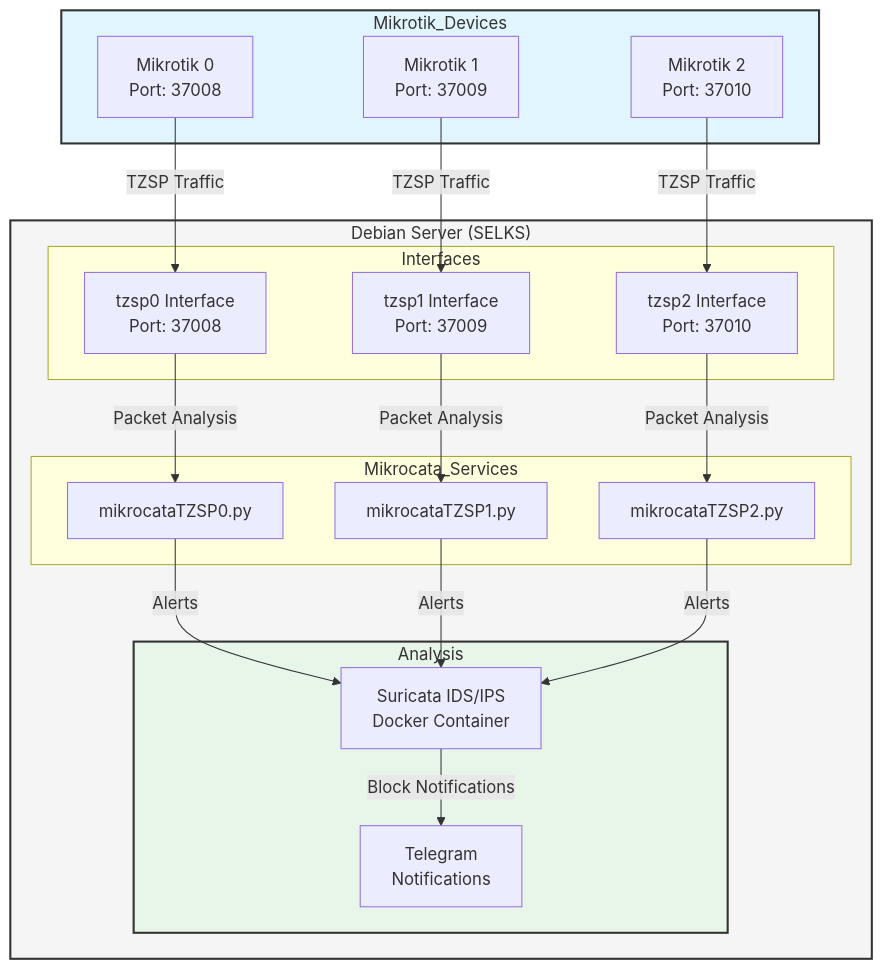
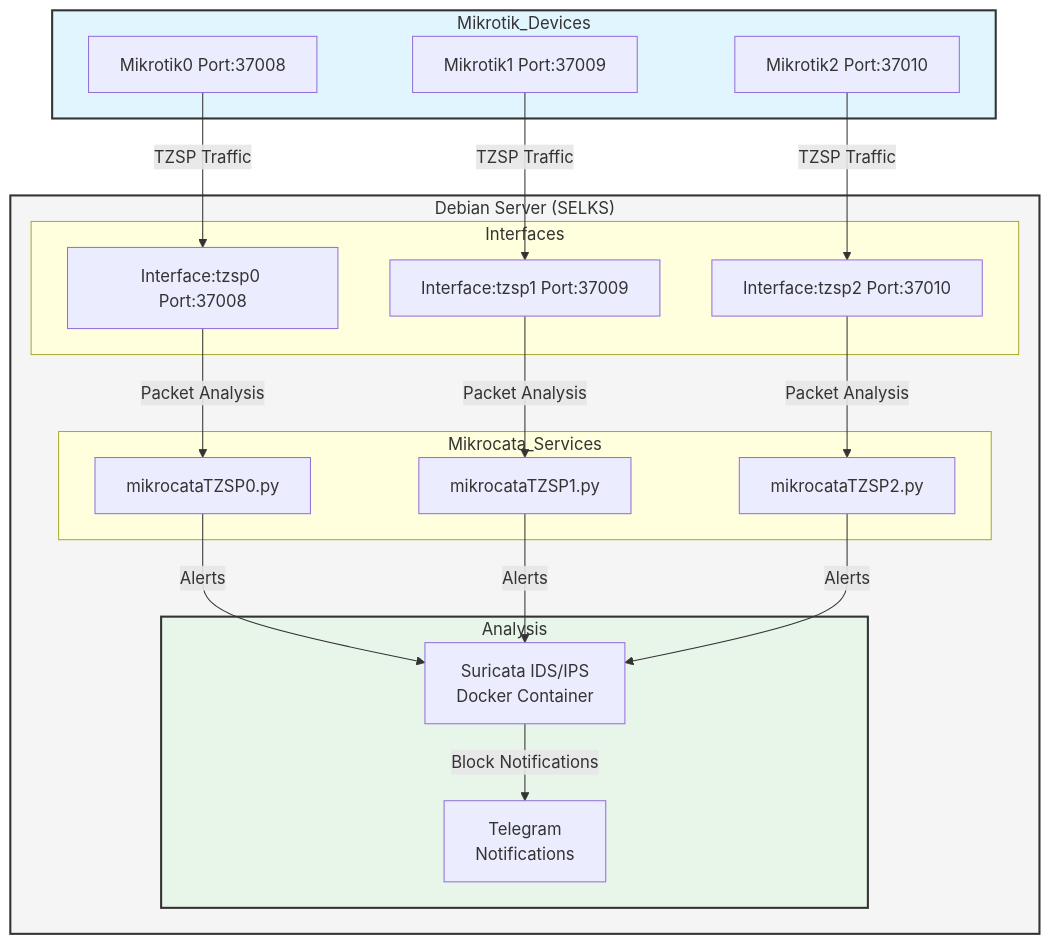
One commit to angolo40/mikrocata2selks changed the second of 2 diagrams in README.md. Above: the diagram before and after it, drawn with Mermaid. The commit also changed other lines of this file, not shown here.

````diff
--- a/README.md
+++ b/README.md
@@ -65,45 +75,45 @@
 ```mermaid
 flowchart TD
     subgraph Mikrotik_Devices
-        M0[Mikrotik 0\nPort: 37008]
-        M1[Mikrotik 1\nPort: 37009]
-        M2[Mikrotik 2\nPort: 37010]
+        M0[Mikrotik0 Port:37008]
+        M1[Mikrotik1 Port:37009]
+        M2[Mikrotik2 Port:37010]
     end
 
     subgraph Debian_Server ["Debian Server (SELKS)"]
         subgraph Interfaces
-            I0[tzsp0 Interface\nPort: 37008]
-            I1[tzsp1 Interface\nPort: 37009]
-            I2[tzsp2 Interface\nPort: 37010]
+            I0[Interface:tzsp0 Port:37008]
+            I1[Interface:tzsp1 Port:37009]
+            I2[Interface:tzsp2 Port:37010]
         end
 
         subgraph Mikrocata_Services
             S0[mikrocataTZSP0.py]
             S1[mikrocataTZSP1.py]
             S2[mikrocataTZSP2.py]
         end
 
         subgraph Analysis
             suricata[Suricata IDS/IPS\nDocker Container]
             telegram[Telegram\nNotifications]
         end
     end
 
     M0 -->|TZSP Traffic| I0
     M1 -->|TZSP Traffic| I1
     M2 -->|TZSP Traffic| I2
 
     I0 -->|Packet Analysis| S0
     I1 -->|Packet Analysis| S1
     I2 -->|Packet Analysis| S2
 
     S0 -->|Alerts| suricata
     S1 -->|Alerts| suricata
     S2 -->|Alerts| suricata
 
     suricata -->|Block Notifications| telegram
     
     style Debian_Server fill:#f5f5f5,stroke:#333,stroke-width:2px
     style Mikrotik_Devices fill:#e1f5fe,stroke:#333,stroke-width:2px
     style Analysis fill:#e8f5e9,stroke:#333,stroke-width:2px
 ```
````
